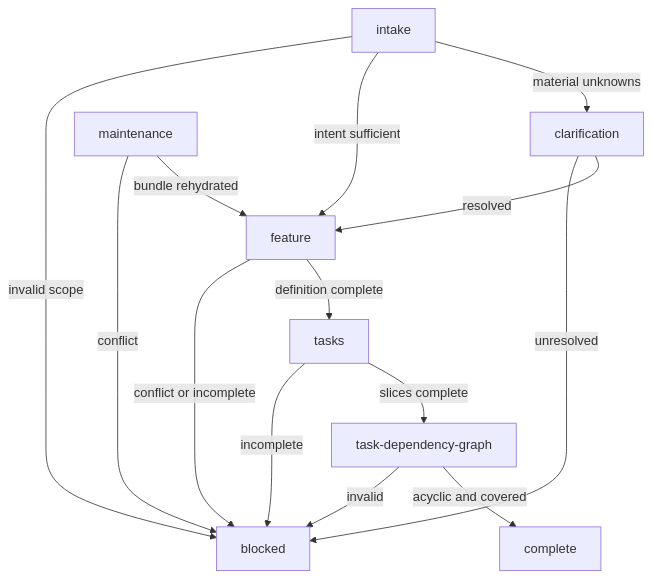
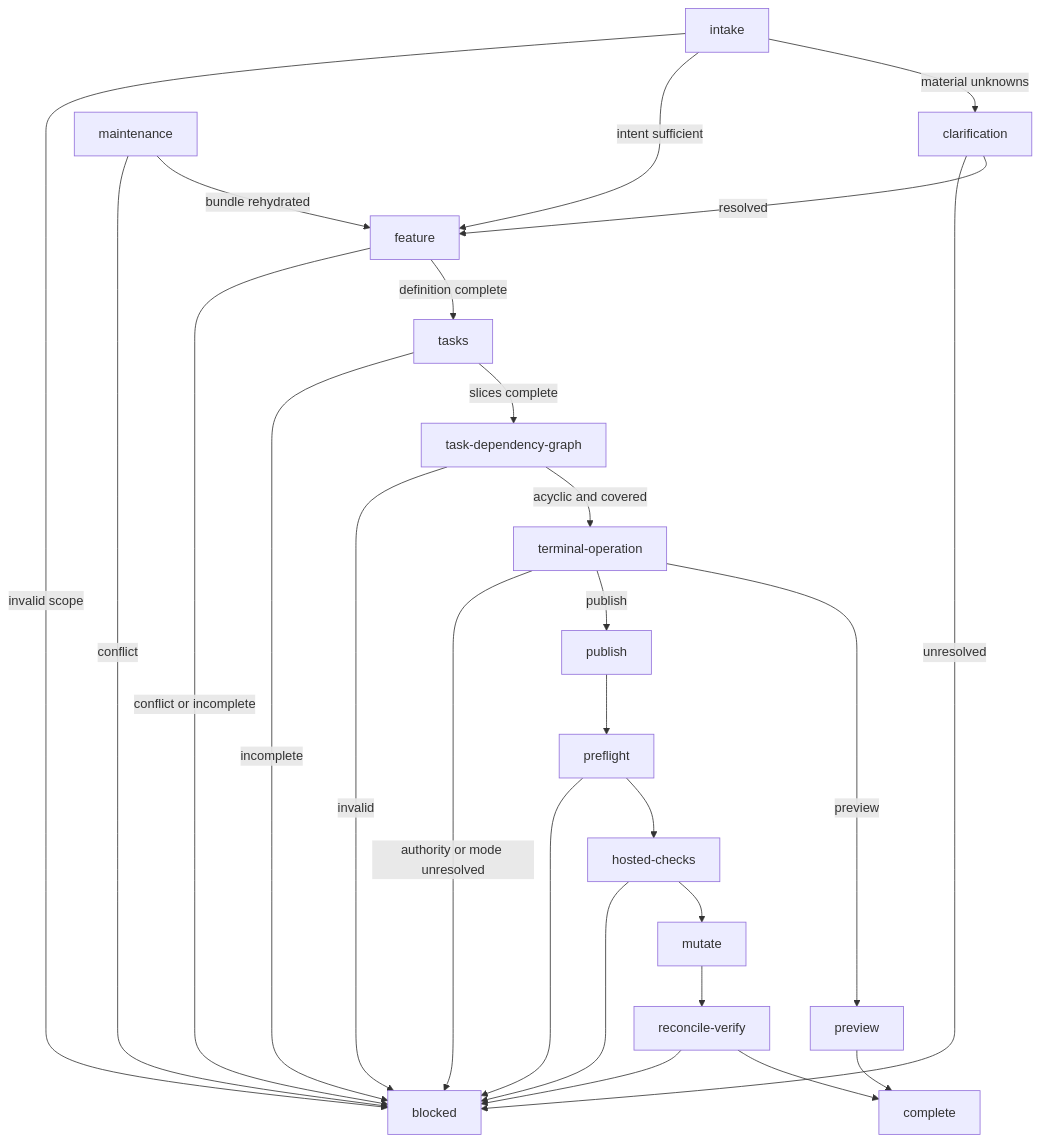
Before and after one commit to alemar11/dotagents: the diagram in plugins/se2/skills/feature/SKILL.md, drawn with Mermaid. The commit also changed other lines of this file and 19 other files, not shown here.

```diff
--- a/plugins/se2/skills/feature/SKILL.md
+++ b/plugins/se2/skills/feature/SKILL.md
@@ -131,16 +148,28 @@
 ~~~mermaid
 flowchart TD
     intake -->|material unknowns| clarification
     intake -->|intent sufficient| feature
     intake -->|invalid scope| blocked
     maintenance -->|bundle rehydrated| feature
     maintenance -->|conflict| blocked
     clarification -->|resolved| feature
     clarification -->|unresolved| blocked
     feature -->|definition complete| tasks
     feature -->|conflict or incomplete| blocked
     tasks -->|slices complete| task-dependency-graph
     tasks -->|incomplete| blocked
-    task-dependency-graph -->|acyclic and covered| complete
+    task-dependency-graph -->|acyclic and covered| terminal-operation
     task-dependency-graph -->|invalid| blocked
+    terminal-operation -->|preview| preview
+    terminal-operation -->|publish| publish
+    terminal-operation -->|authority or mode unresolved| blocked
+    preview --> complete
+    publish --> preflight
+    preflight --> hosted-checks
+    preflight --> blocked
+    hosted-checks --> mutate
+    hosted-checks --> blocked
+    mutate --> reconcile-verify
+    reconcile-verify --> complete
+    reconcile-verify --> blocked
 ~~~
```
